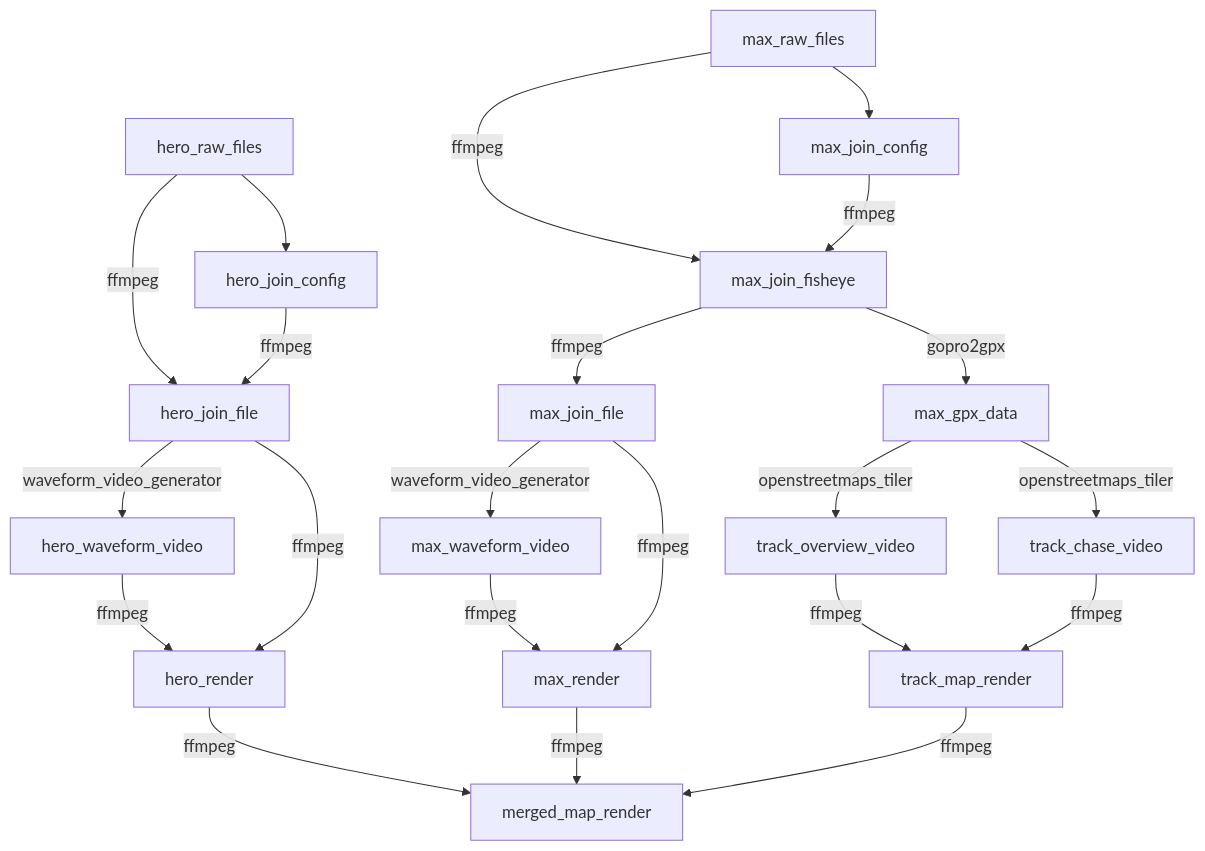
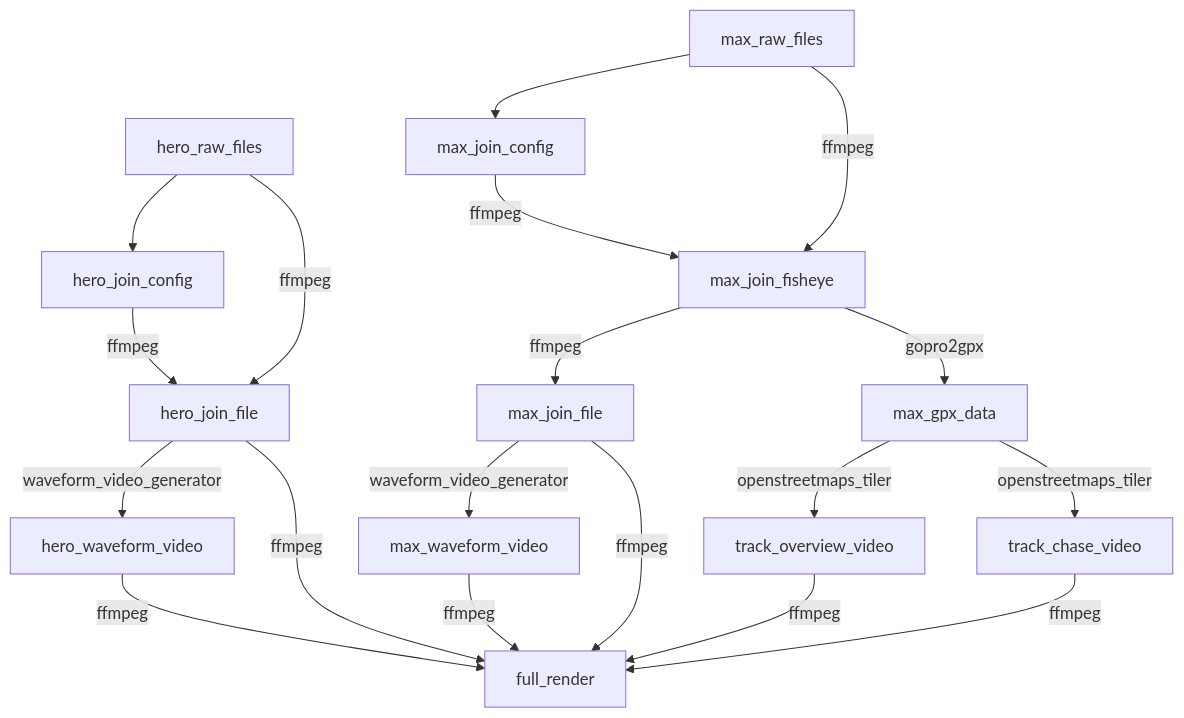
The diagram in README.md (stakita/video_compositor), drawn with Mermaid before and after one commit.

Commit message:
Update mermaid section to reflect current deps

````diff
--- a/README.md
+++ b/README.md
@@ -87,30 +87,26 @@
 ```mermaid
 graph TD
 
 hero_raw_files --> hero_join_config
 hero_raw_files -->|ffmpeg| hero_join_file
 hero_join_config -->|ffmpeg| hero_join_file
 
 hero_join_file -->|waveform_video_generator| hero_waveform_video
-hero_waveform_video -->|ffmpeg| hero_render
-
-hero_join_file -->|ffmpeg| hero_render
 
 max_raw_files --> max_join_config
 max_raw_files -->|ffmpeg| max_join_fisheye
 max_join_config -->|ffmpeg| max_join_fisheye
 max_join_fisheye -->|ffmpeg| max_join_file
 max_join_fisheye -->|gopro2gpx| max_gpx_data
 max_join_file -->|waveform_video_generator| max_waveform_video
-max_waveform_video -->|ffmpeg| max_render
-max_join_file -->|ffmpeg| max_render
 
 max_gpx_data -->|openstreetmaps_tiler| track_overview_video
 max_gpx_data -->|openstreetmaps_tiler| track_chase_video
-track_overview_video -->|ffmpeg| track_map_render
-track_chase_video -->|ffmpeg| track_map_render
 
-hero_render -->|ffmpeg| merged_map_render
-max_render -->|ffmpeg| merged_map_render
-track_map_render -->|ffmpeg| merged_map_render
+track_overview_video -->|ffmpeg| full_render
+track_chase_video -->|ffmpeg| full_render
+hero_waveform_video -->|ffmpeg| full_render
+max_waveform_video -->|ffmpeg| full_render
+max_join_file -->|ffmpeg| full_render
+hero_join_file -->|ffmpeg| full_render
 ```
````
